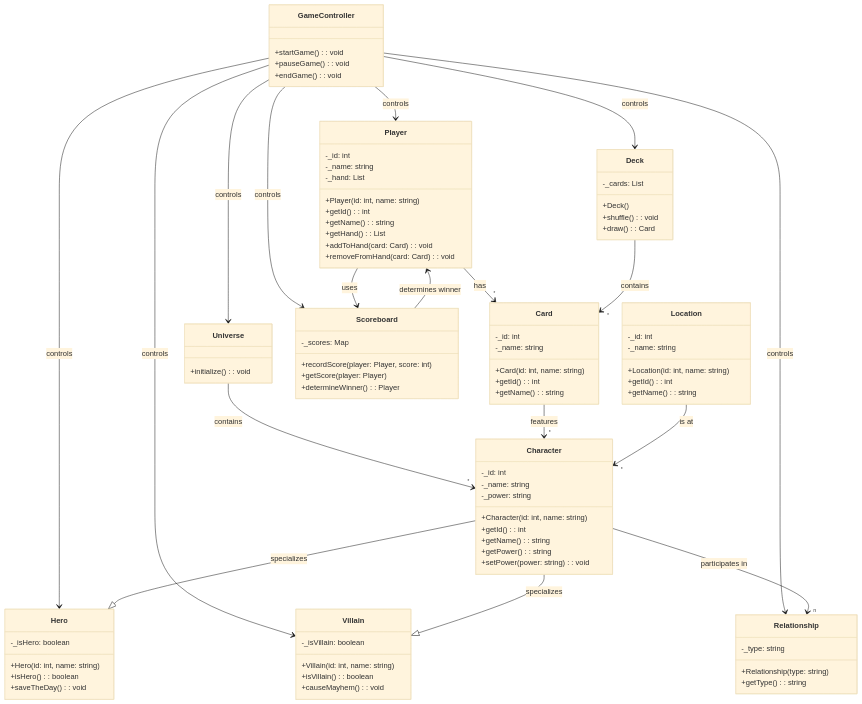
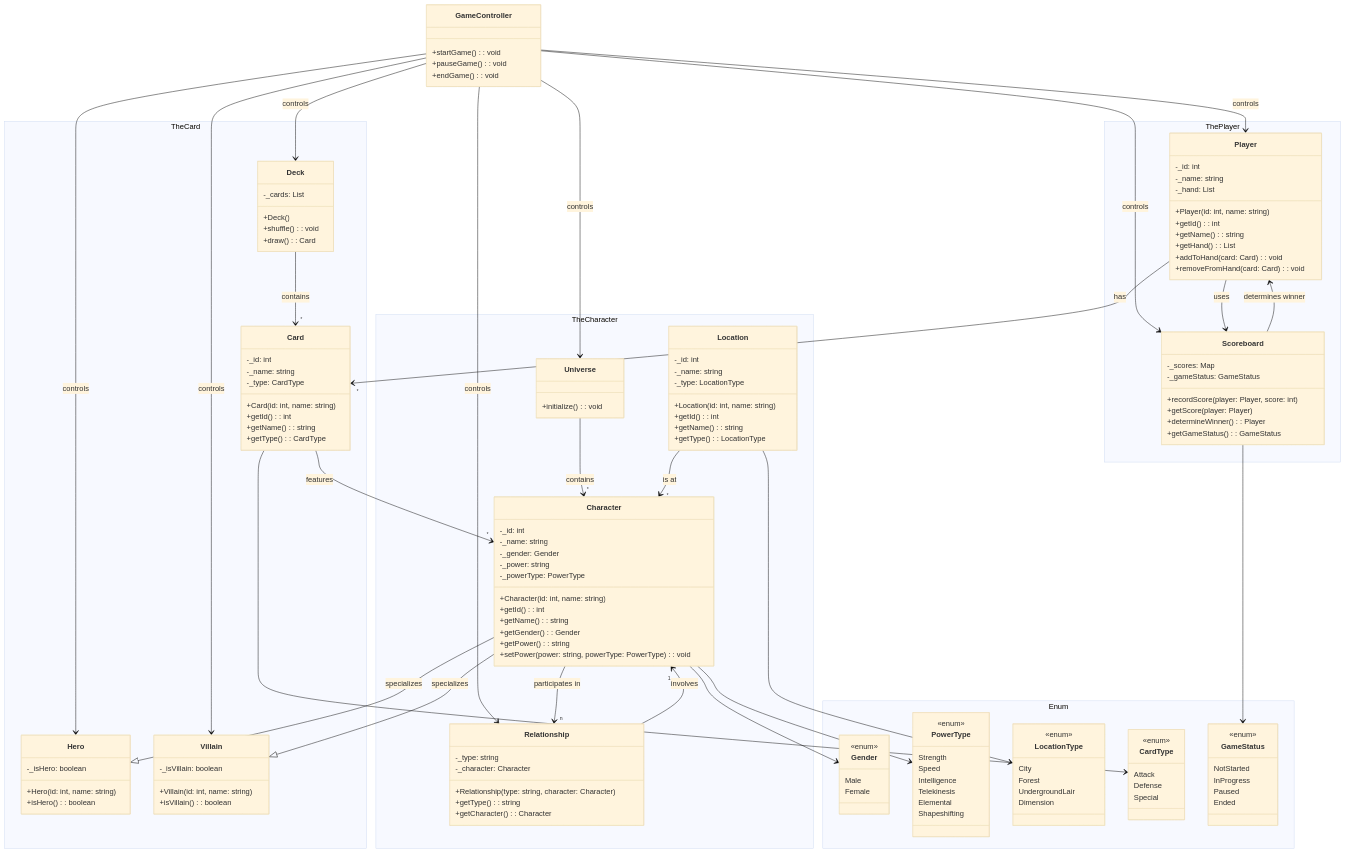
Before and after one commit to hanif85/BootcampBatch6: the diagram in Marvel Span Game/Diagram.mmd, drawn with Mermaid (base theme). The commit also changed 2 other files, not shown here.

Commit message:
Add Diagram mermaid for Class Diagram

```diff
--- a/Marvel Span Game/Diagram.mmd
+++ b/Marvel Span Game/Diagram.mmd
@@ -1,101 +1,164 @@
 classDiagram
-  class Universe {
-    +initialize(): void
+
+namespace Enum {
+
+  class Gender{
+   <<enum>>
+    Male
+    Female
   }
 
+  class PowerType {
+  <<enum>>
+    Strength
+    Speed
+    Intelligence
+    Telekinesis
+    Elemental
+    Shapeshifting
+  }
+
+  class LocationType {
+  <<enum>>
+    City
+    Forest
+    UndergroundLair
+    Dimension
+  }
+
+  class CardType {
+  <<enum>>
+    Attack
+    Defense
+    Special
+  }
+
+  class GameStatus {
+  <<enum>>
+    NotStarted
+    InProgress
+    Paused
+    Ended
+  }
+}
   class GameController {
     +startGame(): void
     +pauseGame(): void
     +endGame(): void
   }
-
-  class Character {
-    -_id: int
-    -_name: string
-    -_power: string
-    +Character(id: int, name: string)
-    +getId(): int
-    +getName(): string
-    +getPower(): string
-    +setPower(power: string): void
-  }
-
-  class Card {
-    -_id: int
-    -_name: string
-    +Card(id: int, name: string)
-    +getId(): int
-    +getName(): string
-  }
-
-  class Location {
-    -_id: int
-    -_name: string
-    +Location(id: int, name: string)
-    +getId(): int
-    +getName(): string
-  }
-
+namespace ThePlayer{
   class Player {
     -_id: int
     -_name: string
     -_hand: List<Card>
     +Player(id: int, name: string)
     +getId(): int
     +getName(): string
     +getHand(): List<Card>
     +addToHand(card: Card): void
     +removeFromHand(card: Card): void
   }
+    class Scoreboard {
+    -_scores: Map<Player, int>
+    -_gameStatus: GameStatus
+    +recordScore(player: Player, score: int)
+    +getScore(player: Player)
+    +determineWinner(): Player
+    +getGameStatus(): GameStatus
+  }
+  }
+namespace TheCard{
+  class Card {
+    -_id: int
+    -_name: string
+    -_type: CardType
+    +Card(id: int, name: string)
+    +getId(): int
+    +getName(): string
+    +getType(): CardType
+  }
 
   class Deck {
     -_cards: List<Card>
     +Deck()
     +shuffle(): void
     +draw(): Card
   }
 
-  class Scoreboard {
-    -_scores: Map<Player, int>
-    +recordScore(player: Player, score: int)
-    +getScore(player: Player)
-    +determineWinner(): Player
-  }
-
   class Hero {
     -_isHero: boolean
     +Hero(id: int, name: string)
     +isHero(): boolean
-    +saveTheDay(): void
   }
 
   class Villain {
     -_isVillain: boolean
     +Villain(id: int, name: string)
     +isVillain(): boolean
-    +causeMayhem(): void
+  }
+
+}
+
+namespace TheCharacter{
+  class Character {
+    -_id: int
+    -_name: string
+    -_gender: Gender
+    -_power: string
+    -_powerType: PowerType
+    +Character(id: int, name: string)
+    +getId(): int
+    +getName(): string
+    +getGender(): Gender
+    +getPower(): string
+    +setPower(power: string, powerType: PowerType): void
+  }
+
+  class Location {
+    -_id: int
+    -_name: string
+    -_type: LocationType
+    +Location(id: int, name: string)
+    +getId(): int
+    +getName(): string
+    +getType(): LocationType
   }
 
   class Relationship {
     -_type: string
-    +Relationship(type: string)
+    -_character: Character
+    +Relationship(type: string, character: Character)
     +getType(): string
+    +getCharacter(): Character
   }
+
+  class Universe {
+    +initialize(): void
+  }
+
+}
 
   Universe --> "*" Character : contains
   GameController --> Universe : controls
   GameController --> Player : controls
   GameController --> Deck : controls
   GameController --> Scoreboard : controls
   GameController --> Hero : controls
   GameController --> Villain : controls
   GameController --> Relationship : controls
+  Character --> Gender
+  Character -->PowerType
   Character --|> Hero : specializes
   Character --|> Villain : specializes
   Character --> "n" Relationship : participates in
-  Card --> "*" Character : features
-  Location --> "*" Character : is at
   Player --> "*" Card : has
   Player --> Scoreboard : uses
+  Card --> "*" Character : features
+  Card --> CardType
+  Location --> "*" Character : is at
+  Location --> LocationType
+
   Deck --> "*" Card : contains
   Scoreboard --> Player : determines winner
+  Scoreboard --> GameStatus
+  Relationship --> "1" Character : involves
```
